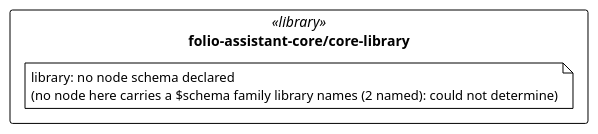
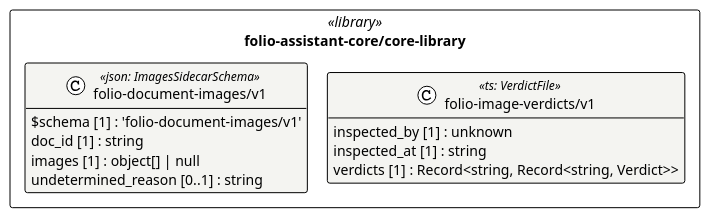
One commit to litlfred/folio-assistant changed the diagram in cat-harness/uml/overview/folio-assistant-core/core-library.puml. Above: the diagram before and after it, drawn with PlantUML. The commit also changed 181 other files, not shown here.

```diff
--- a/cat-harness/uml/overview/folio-assistant-core/core-library.puml
+++ b/cat-harness/uml/overview/folio-assistant-core/core-library.puml
@@ -3,13 +3,23 @@
 @startuml folio_assistant_core_core_library
 !pragma layout elk
 !theme plain
 skinparam classAttributeIconSize 0
 skinparam shadowing false
 skinparam packageStyle rectangle
 hide empty methods
 
 package "folio-assistant-core/core-library" as pkg_folio_assistant_core_core_library <<library>> {
-  note "library: no node schema declared\n(no node here carries a $schema family library names (2 named): could not determine)" as n_folio_assistant_core_core_library_library
+  class "folio-document-images/v1" as folio_assistant_core_core_library_folio_document_images_v1_folio_document_images_v1 <<json: ImagesSidecarSchema>> #f4f4f1 {
+    $schema [1] : 'folio-document-images/v1'
+    doc_id [1] : string
+    images [1] : object[] | null
+    undetermined_reason [0..1] : string
+  }
+  class "folio-image-verdicts/v1" as folio_assistant_core_core_library_folio_image_verdicts_v1 <<ts: VerdictFile>> #f4f4f1 {
+    inspected_by [1] : unknown
+    inspected_at [1] : string
+    verdicts [1] : Record<string, Record<string, Verdict>>
+  }
 }
 
 @enduml
```
